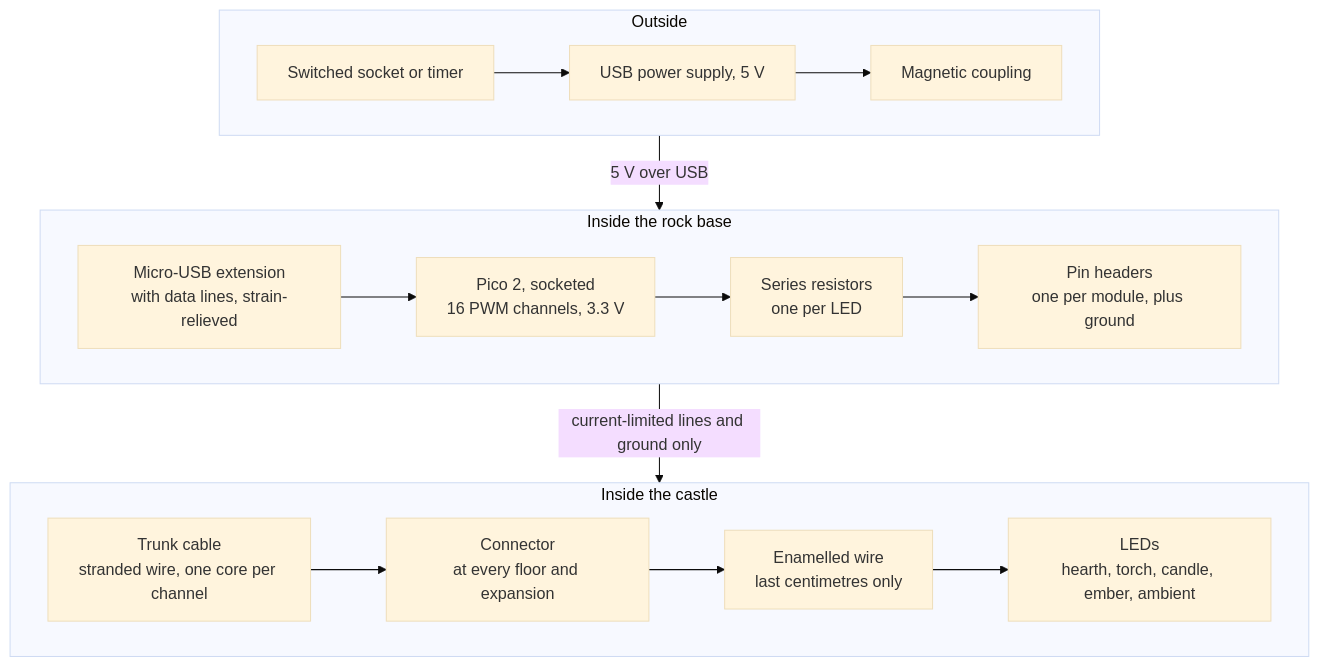
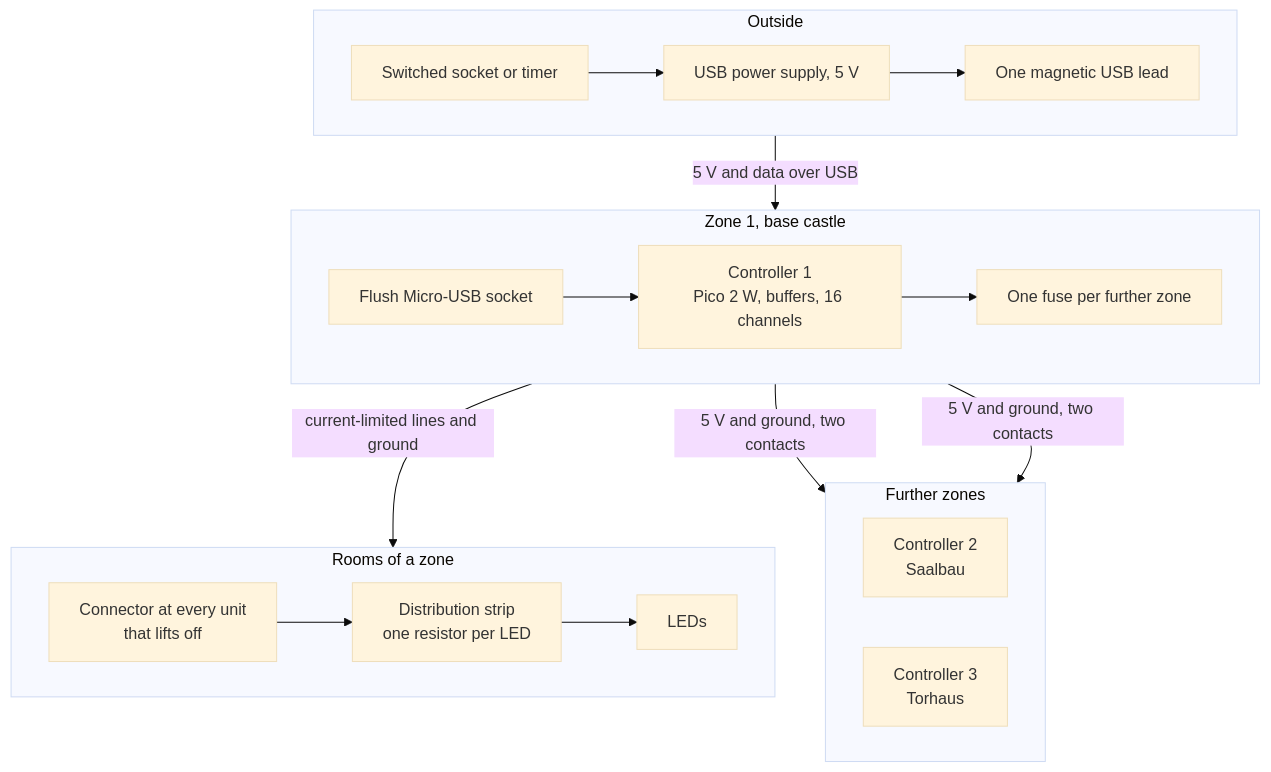
The first of 3 diagrams in docs/hardware.md (greluc/blaustein-led), drawn with Mermaid (base theme) before and after one commit. The commit also changed other lines of this file and 5 other files, not shown here.

````diff
--- a/docs/hardware.md
+++ b/docs/hardware.md
@@ -13,22 +17,27 @@
 ```mermaid
 flowchart TB
     subgraph outside [Outside]
         direction LR
         switch["Switched socket or timer"] --> supply["USB power supply, 5 V"]
-        supply --> coupling["Magnetic coupling"]
+        supply --> lead["One magnetic USB lead"]
     end
-    subgraph rock [Inside the rock base]
+    subgraph zone1 [Zone 1, base castle]
         direction LR
-        lead["Micro-USB extension<br>with data lines, strain-relieved"] --> pico["Pico 2, socketed<br>16 PWM channels, 3.3 V"]
-        pico --> resistors["Series resistors<br>one per LED"]
-        resistors --> headers["Pin headers<br>one per module, plus ground"]
+        socket["Flush Micro-USB socket"] --> k1["Controller 1<br>Pico 2 W, buffers, 16 channels"]
+        k1 --> fuses["One fuse per further zone"]
     end
-    subgraph castle [Inside the castle]
+    subgraph zone2 [Further zones]
         direction LR
-        trunk["Trunk cable<br>stranded wire, one core per channel"] --> plug["Connector<br>at every floor and expansion"]
-        plug --> tail["Enamelled wire<br>last centimetres only"]
-        tail --> leds["LEDs<br>hearth, torch, candle, ember, ambient"]
+        k2["Controller 2<br>Saalbau"]
+        k3["Controller 3<br>Torhaus"]
     end
-    coupling -- "5 V over USB" --> lead
-    headers -- "current-limited lines and ground only" --> trunk
+    subgraph rooms [Rooms of a zone]
+        direction LR
+        joint["Connector at every unit<br>that lifts off"] --> strip["Distribution strip<br>one resistor per LED"]
+        strip --> leds["LEDs"]
+    end
+    lead -- "5 V and data over USB" --> socket
+    fuses -- "5 V and ground, two contacts" --> k2
+    fuses -- "5 V and ground, two contacts" --> k3
+    k1 -- "current-limited lines and ground" --> joint
 ```
````
